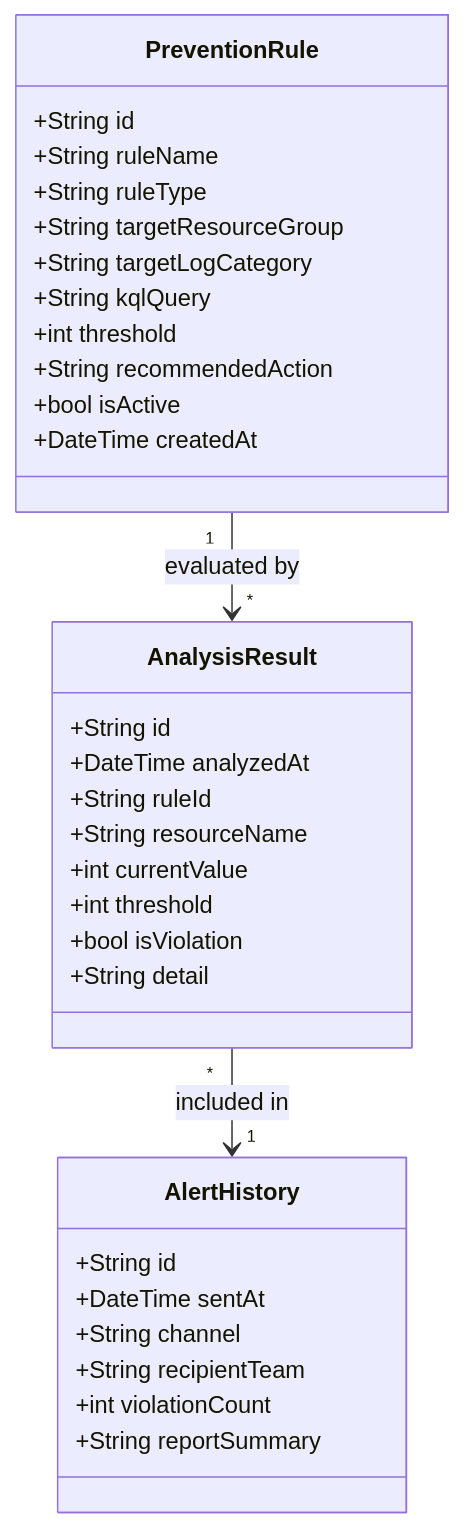
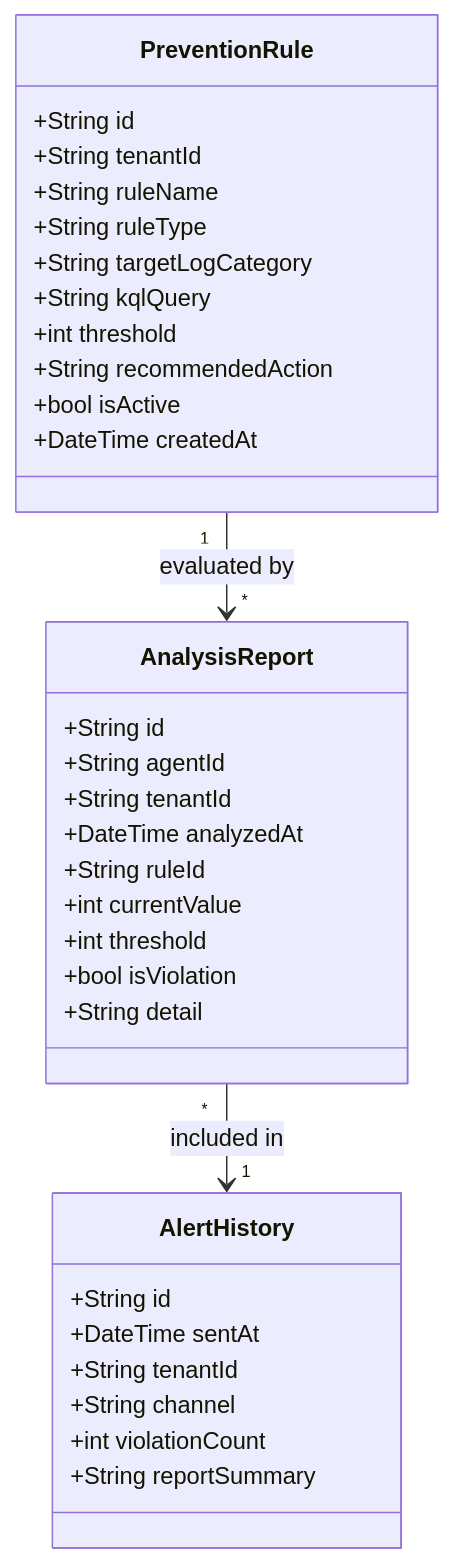
One commit to chjcmy/study changed the ninth of 21 diagrams in azure/projects/log-doctor-plan.md. Above: the diagram before and after it, drawn with Mermaid. The commit also changed other lines of this file, not shown here.

````diff
--- a/azure/projects/log-doctor-plan.md
+++ b/azure/projects/log-doctor-plan.md
@@ -345,38 +342,39 @@
 ```mermaid
 classDiagram
     class PreventionRule {
         +String id
+        +String tenantId
         +String ruleName
         +String ruleType
-        +String targetResourceGroup
         +String targetLogCategory
         +String kqlQuery
         +int threshold
         +String recommendedAction
         +bool isActive
         +DateTime createdAt
     }
 
-    class AnalysisResult {
+    class AnalysisReport {
         +String id
+        +String agentId
+        +String tenantId
         +DateTime analyzedAt
         +String ruleId
-        +String resourceName
         +int currentValue
         +int threshold
         +bool isViolation
         +String detail
     }
 
     class AlertHistory {
         +String id
         +DateTime sentAt
+        +String tenantId
         +String channel
-        +String recipientTeam
         +int violationCount
         +String reportSummary
     }
 
-    PreventionRule "1" --> "*" AnalysisResult : evaluated by
-    AnalysisResult "*" --> "1" AlertHistory : included in
+    PreventionRule "1" --> "*" AnalysisReport : evaluated by
+    AnalysisReport "*" --> "1" AlertHistory : included in
 ```
````
